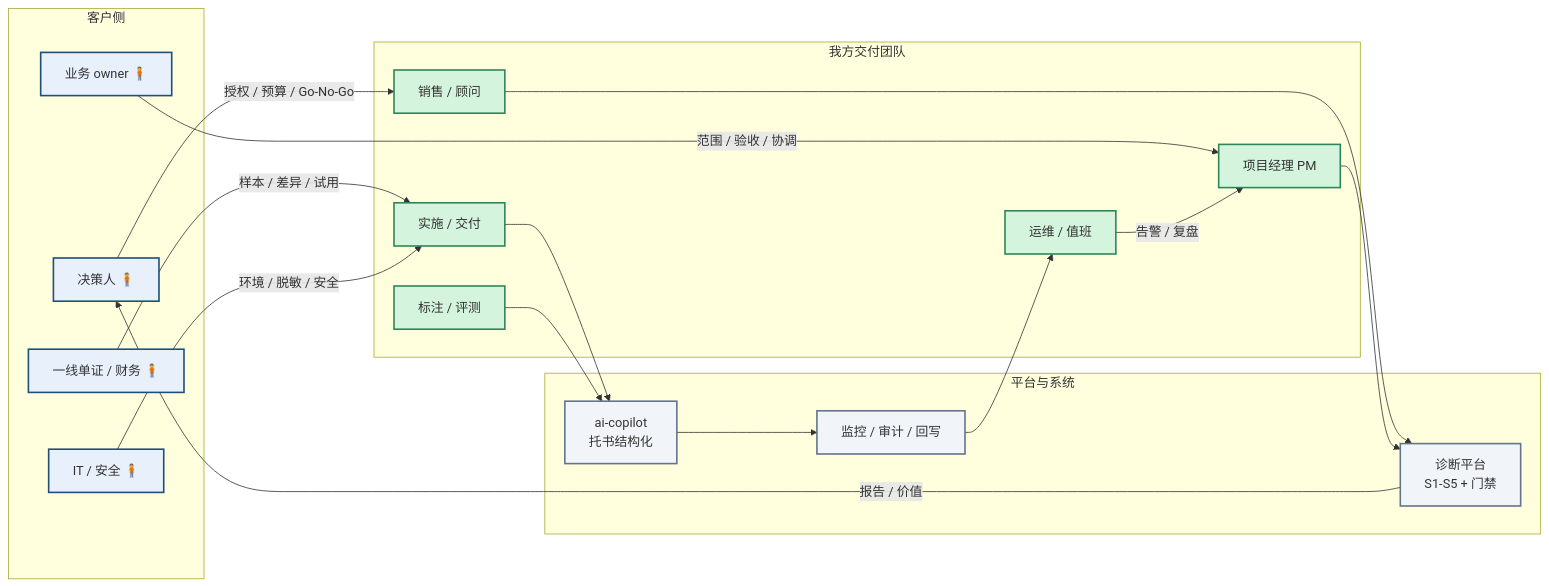
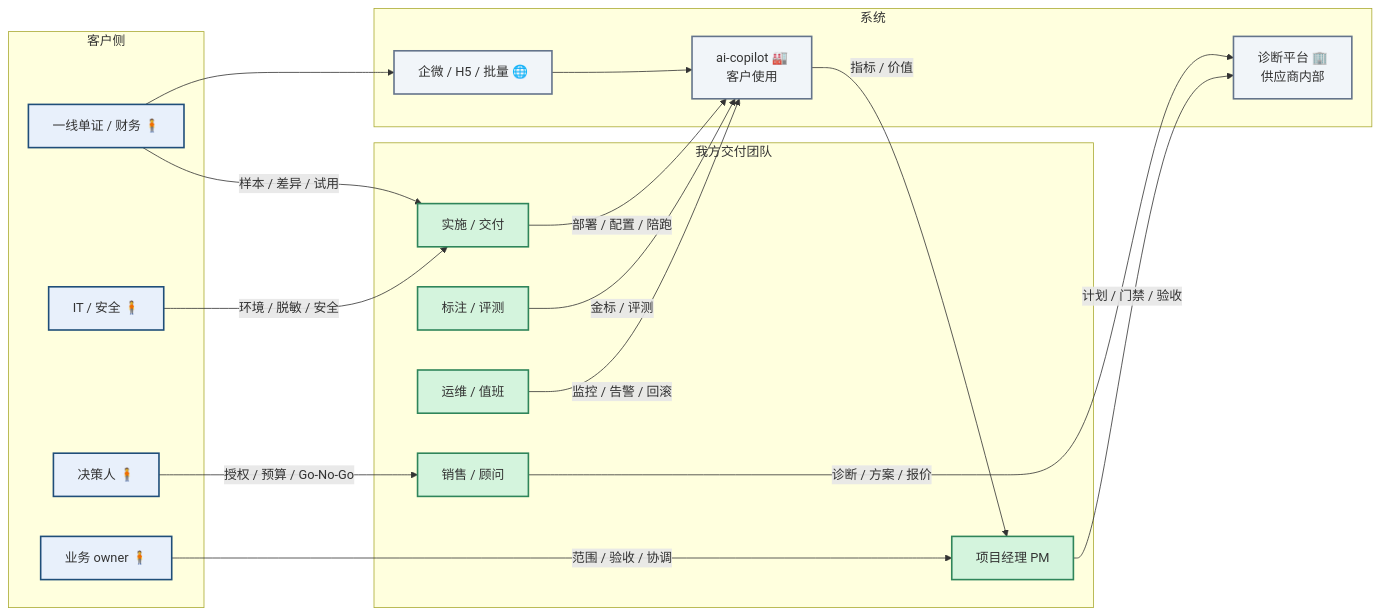
One commit to roma007/Enterprise-AI changed the fourth of 8 diagrams in 实施全景图.md. Above: the diagram before and after it, drawn with Mermaid. The commit also changed other lines of this file and 9 other files, not shown here.

Commit message:
docs(map): 实施全景图重构为客户现场实施 [PREP-01]

````diff
--- a/实施全景图.md
+++ b/实施全景图.md
@@ -149,43 +199,43 @@
 ```mermaid
 flowchart LR
   subgraph K[客户侧]
     K1[决策人 🧍]
     K2[业务 owner 🧍]
     K3[一线单证 / 财务 🧍]
     K4[IT / 安全 🧍]
   end
 
   subgraph V[我方交付团队]
     V1[销售 / 顾问]
     V2[项目经理 PM]
     V3[实施 / 交付]
     V4[运维 / 值班]
     V5[标注 / 评测]
   end
 
-  subgraph P[平台与系统]
-    P1[诊断平台<br/>S1-S5 + 门禁]
-    P2[ai-copilot<br/>托书结构化]
-    P3[监控 / 审计 / 回写]
+  subgraph P[系统]
+    P1[诊断平台 🏢<br/>供应商内部]
+    P2[ai-copilot 🏭<br/>客户使用]
+    P3[企微 / H5 / 批量 🌐]
   end
 
   K1 -->|授权 / 预算 / Go-No-Go| V1
   K2 -->|范围 / 验收 / 协调| V2
   K3 -->|样本 / 差异 / 试用| V3
   K4 -->|环境 / 脱敏 / 安全| V3
-  V1 --> P1
-  V2 --> P1
-  V3 --> P2
-  V5 --> P2
-  P2 --> P3
-  P3 --> V4
-  V4 -->|告警 / 复盘| V2
-  P1 -->|报告 / 价值| K1
+  V1 -->|诊断 / 方案 / 报价| P1
+  V2 -->|计划 / 门禁 / 验收| P1
+  V3 -->|部署 / 配置 / 陪跑| P2
+  V5 -->|金标 / 评测| P2
+  K3 --> P3
+  P3 --> P2
+  P2 -->|指标 / 价值| V2
+  V4 -->|监控 / 告警 / 回滚| P2
 
   classDef cust fill:#e8f0fb,stroke:#1f4e79,stroke-width:2px
   classDef vendor fill:#d4f4dd,stroke:#2f855a,stroke-width:2px
   classDef sys fill:#f1f5f9,stroke:#64748b,stroke-width:2px
   class K1,K2,K3,K4 cust
   class V1,V2,V3,V4,V5 vendor
   class P1,P2,P3 sys
 ```
````
